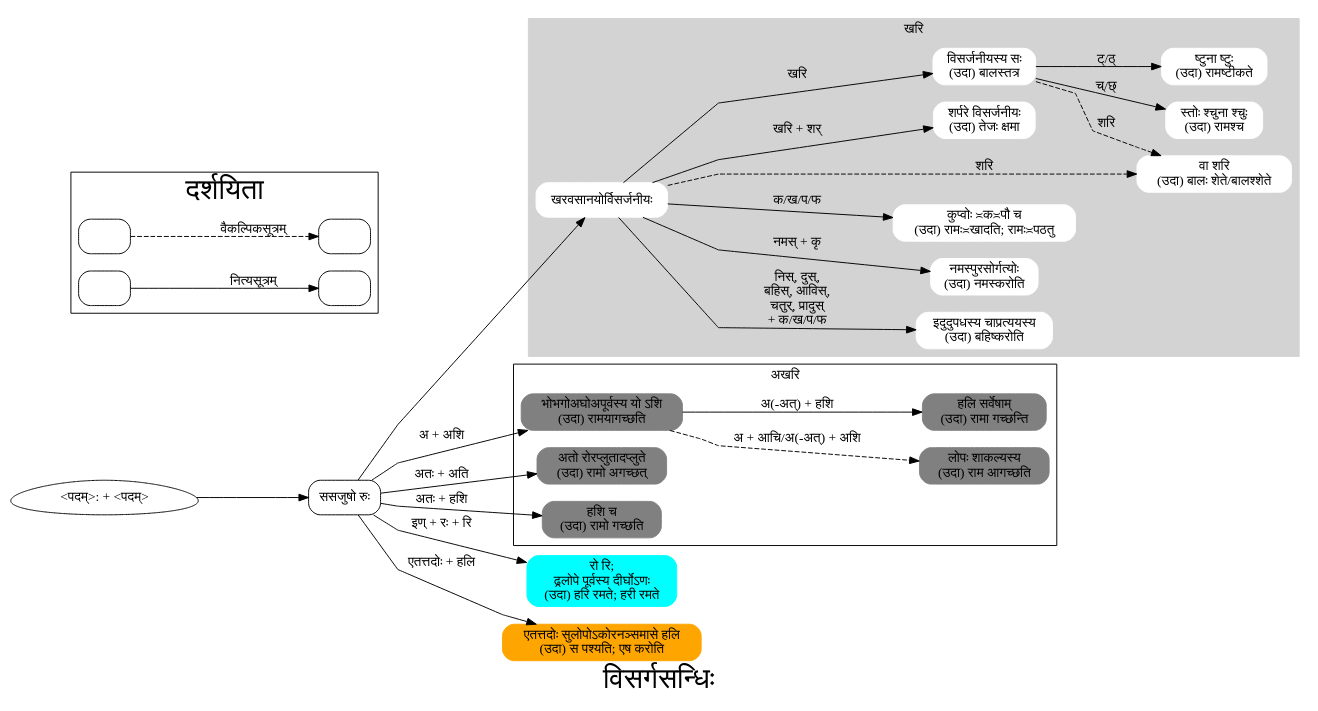
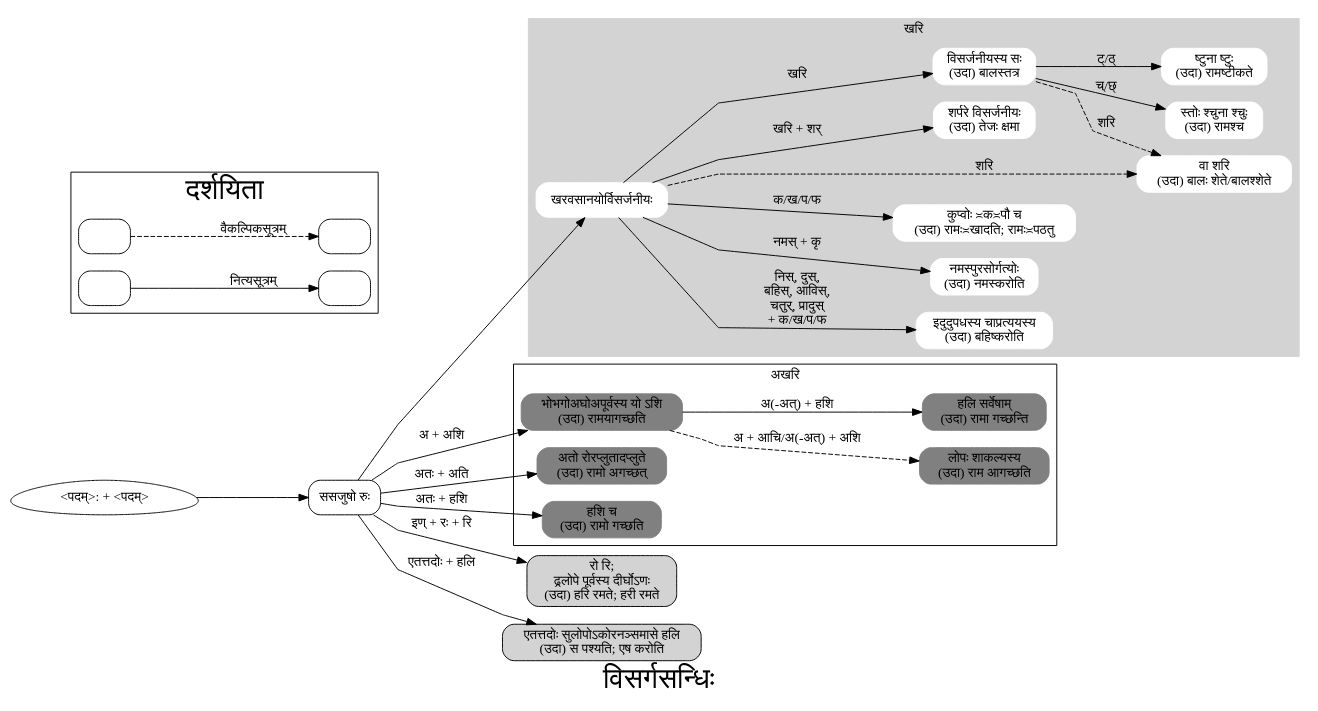
One commit to ckayr/aShTAdhyAyI changed the diagram in graphviz/visarga.dot. Above: the diagram before and after it, drawn with Graphviz. The commit also changed 2 other files, not shown here.

```diff
--- a/graphviz/visarga.dot
+++ b/graphviz/visarga.dot
@@ -1,81 +1,79 @@
 digraph G {
         label="विसर्गसन्धिः";
         node [shape=box,
 	      style=rounded];
         fontsize=30.0;
         rankdir=LR;
         splines=polyline;
         subgraph cluster_0 {
                 label="खरि";
                 fontsize = 14.0;
                 style=filled;
                 color=lightgrey;
                 node [style="filled,rounded",
 		      color=white];
                 a0 [label="खरवसानयोर्विसर्जनीयः",
 		    href="http://avg-sanskrit.org/sutras/8-3-15.html"];
                 a6 [label="इदुदुपधस्य चाप्रत्ययस्य\n(उदा) बहिष्करोति"];
                 a5 [label="नमस्पुरसोर्गत्योः\n(उदा) नमस्करोति"];
                 a4 [label="कुप्वोः ≍क≍पौ च\n(उदा) रामः≍खादति; रामः≍पठतु"];
                 a3 [label="वा शरि\n(उदा) बालः शेते/बालश्शेते"];
                 a2 [label="शर्परे विसर्जनीयः\n(उदा) तेजः क्षमा"];
                 a1 [label="विसर्जनीयस्य सः\n(उदा) बालस्तत्र",
 		    href="http://avg-sanskrit.org/sutras/8-3-34.html"];
                 a7 [label="स्तोः श्चुना श्चुः\n(उदा) रामश्च"];
                 a8 [label="ष्टुना ष्टुः\n(उदा) रामष्टीकते"];
                 a0 -> a1 [label="खरि"];
                 a0 -> a2 [label="\nखरि + शर्"];
                 a0 -> a3 [label="शरि",
 			  style=dashed];
                 a0 -> a4 [label="\nक/ख/प/फ"];
                 a0 -> a5 [label="\nनमस् + कृ"];
                 a0 -> a6 [label="निस्, दुस्,\n बहिस्, आविस्,\n चतुर्, प्रादुस्\n + क/ख/प/फ"];
                 a1 -> a3 [label="\nशरि", style=dashed];
                 a1 -> a7 [label="च्/छ्"];
                 a1 -> a8 [label="ट्/ठ्"];
         }
 
         subgraph cluster_1 {
                 label="अखरि";
                 fontsize = 14.0;
                 node [style="filled,rounded", color=grey];
                 b0 [label="भोभगोअघोअपूर्वस्य यो ऽशि\n(उदा) रामयागच्छति"];
                 b1 [label="अतो रोरप्लुतादप्लुते\n(उदा) रामो अगच्छत् "];
                 b2 [label="हशि च\n(उदा) रामो गच्छति"];
                 b3 [label="लोपः शाकल्यस्य\n(उदा) राम आगच्छति"];
                 b4 [label="हलि सर्वेषाम्\n(उदा) रामा गच्छन्ति"];
                 b0 -> b3 [label="\nअ + आचि/अ(-अत्) + अशि"; style=dashed];
                 b0 -> b4 [label="अ(-अत्) + हशि"];
         }
 
         c0 [label="रो रि;\n ढ्रलोपे पूर्वस्य दीर्घोऽणः\n(उदा) हरि रमते; हरी रमते",
-	    color=cyan,
 	    style="filled,rounded"];
         d0 [label="एतत्तदोः सुलोपोऽकोरनञ्समासे हलि\n(उदा) स पश्यति; एष करोति",
-	    color=orange,
 	    style="filled,rounded"];
 
         start0 [label="<पदम्>: + <पदम्>"];
         start1 [label="ससजुषो रुः",
 		href="http://avg-sanskrit.org/sutras/8-2-66.html"];
         start0 -> start1;
         start1 -> a0;
         start1 -> b0 [label="अ + अशि"];
         start1 -> b1 [label="अतः + अति"];
         start1 -> b2 [label="अतः + हशि"];
         start1 -> c0 [label="इण्‌ + रः + रि "];
         start1 -> d0 [label="एतत्तदोः + हलि"];
 
         start0 [shape=egg];
 
         subgraph cluster_leg {
                 label="दर्शयिता";
                 legend1 [label=""];
                 legend2 [label=""];
                 legend3 [label=""];
                 legend4 [label=""];
                 legend1 -> legend2 [label="वैकल्पिकसूत्रम्",
 				    style=dashed];
                 legend3 -> legend4 [label="नित्यसूत्रम्"];
         }
 }
```
